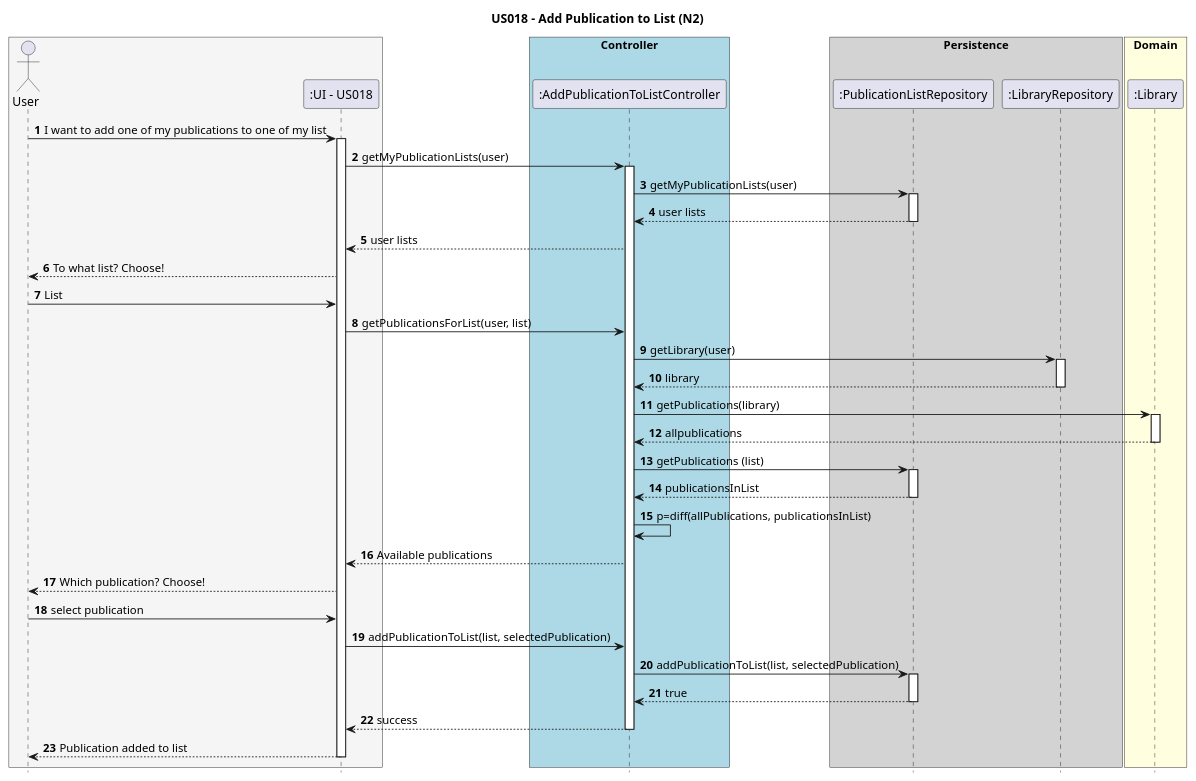
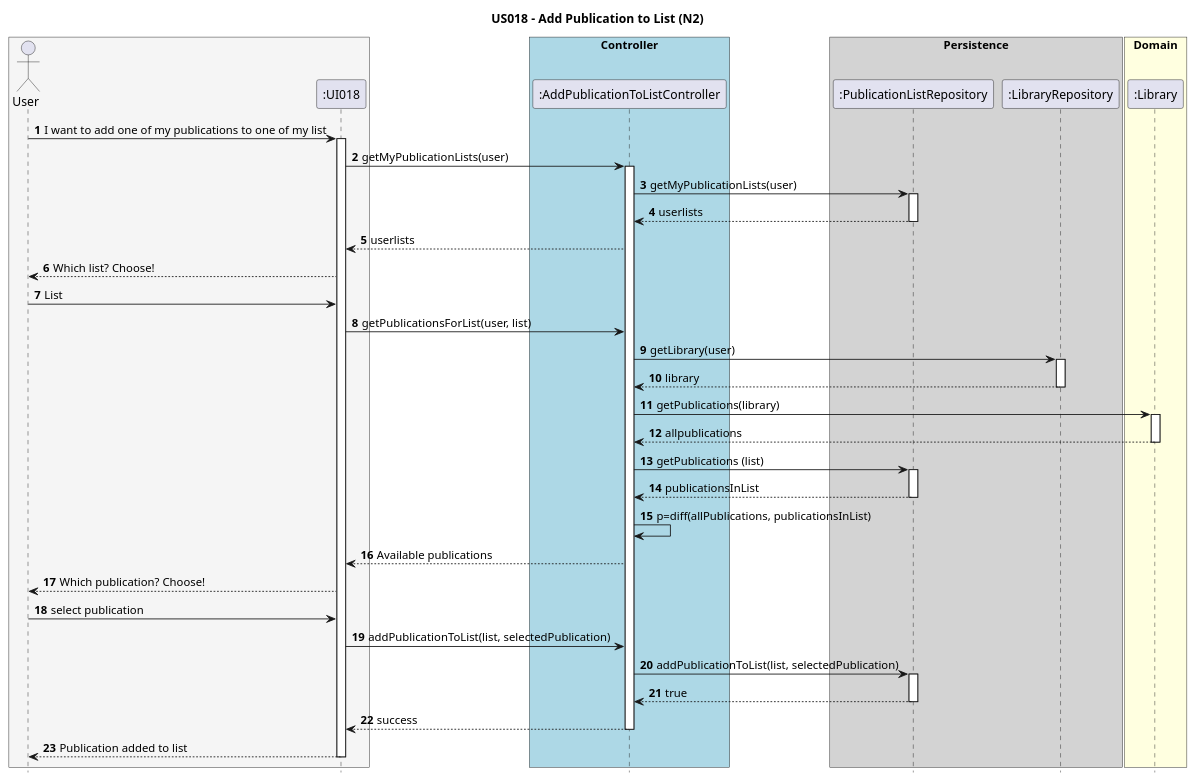
Before and after one commit to AndrePereiraGitH/SWitCH-Project-Team_A: the diagram in Diagrams/SequenceDiagrams/N2/US018-to-add-publication-to-list.puml, drawn with PlantUML. The commit also changed 3 other files, not shown here.

Commit message:
#88 #89 and #92 #94: update class diagrams 17 and 18

```diff
--- a/Diagrams/SequenceDiagrams/N2/US018-to-add-publication-to-list.puml
+++ b/Diagrams/SequenceDiagrams/N2/US018-to-add-publication-to-list.puml
@@ -1,82 +1,82 @@
 @startuml
 hide footbox
 autonumber
 
 title US018 - Add Publication to List (N2)
 
 box #whitesmoke
 actor "User" as User
-participant ":UI - US018" as UI
+participant ":UI018" as UI
 end box
 
 box "Controller" #Lightblue
 participant ":AddPublicationToListController" as Controller
 end box
 
 box "Persistence" #LightGrey
 participant ":PublicationListRepository" as PublicationListRepo
 participant ":LibraryRepository" as LibraryRepo
 end box
 
 box "Domain" #Lightyellow
 participant ":Library" as Library
 end box
 
 User -> UI : I want to add one of my publications to one of my list
 activate UI
 
 UI -> Controller : getMyPublicationLists(user)
 activate Controller
 
 Controller -> PublicationListRepo : getMyPublicationLists(user)
 activate PublicationListRepo
-PublicationListRepo --> Controller : user lists
+PublicationListRepo --> Controller : userlists
 deactivate PublicationListRepo
 
-Controller --> UI : user lists
+Controller --> UI : userlists
 
-UI --> User : To what list? Choose!
+UI --> User : Which list? Choose!
 
 User -> UI : List
 
 UI -> Controller : getPublicationsForList(user, list)
 
 Controller -> LibraryRepo : getLibrary(user)
 activate LibraryRepo
 LibraryRepo --> Controller : library
 deactivate LibraryRepo
 
 Controller -> Library : getPublications(library)
 activate Library
 Library --> Controller : allpublications
 deactivate Library
 
 Controller -> PublicationListRepo : getPublications (list)
 activate PublicationListRepo
 
 PublicationListRepo --> Controller : publicationsInList
 deactivate PublicationListRepo
 
 Controller -> Controller : p=diff(allPublications, publicationsInList)
 
 Controller --> UI : Available publications
 
 UI --> User : Which publication? Choose!
 
 User -> UI : select publication
 
 UI -> Controller : addPublicationToList(list, selectedPublication)
 
 Controller -> PublicationListRepo :  addPublicationToList(list, selectedPublication)
 activate PublicationListRepo
 
 PublicationListRepo --> Controller : true
 deactivate PublicationListRepo
 
 Controller --> UI : success
 deactivate Controller
 
 UI --> User : Publication added to list
 deactivate UI
 
 @enduml
```
